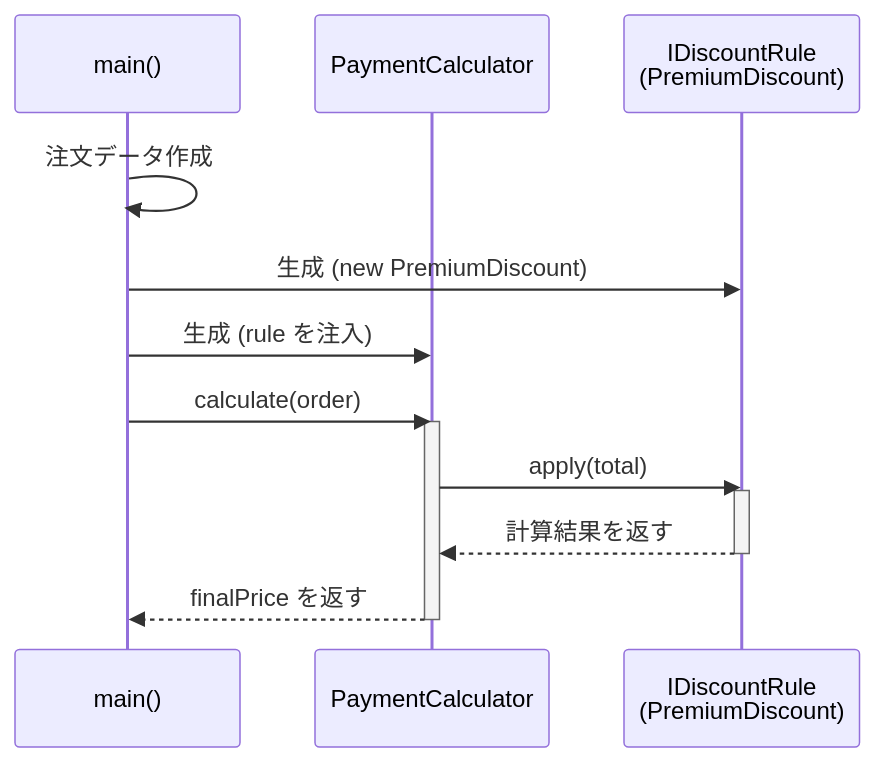
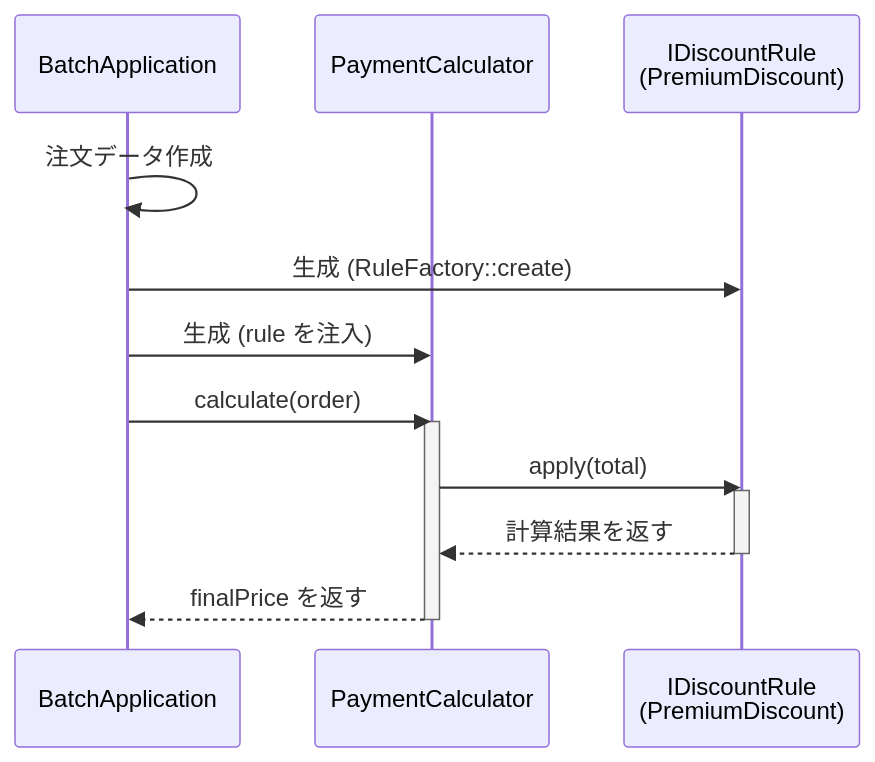
One commit to kumachan1101-pixel/DesignPattern changed the third of 5 diagrams in kindle/design-patterns/output/chapter01.md. Above: the diagram before and after it, drawn with Mermaid. The commit also changed other lines of this file and 1 other file, not shown here.

Commit message:
fix: correct compile error (isSummerSale missing), step numbers, old-frame wording, and sequence diagram in ch01/ch00

````diff
--- a/kindle/design-patterns/output/chapter01.md
+++ b/kindle/design-patterns/output/chapter01.md
@@ -852,18 +866,18 @@
 ```mermaid
 sequenceDiagram
-    participant M as main()
+    participant B as BatchApplication
     participant P as PaymentCalculator
     participant I as IDiscountRule<br/>(PremiumDiscount)
 
-    M->>M: 注文データ作成
-    M->>I: 生成 (new PremiumDiscount)
-    M->>P: 生成 (rule を注入)
-    M->>P: calculate(order)
+    B->>B: 注文データ作成
+    B->>I: 生成 (RuleFactory::create)
+    B->>P: 生成 (rule を注入)
+    B->>P: calculate(order)
     activate P
     P->>I: apply(total)
     activate I
     I-->>P: 計算結果を返す
     deactivate I
-    P-->>M: finalPrice を返す
+    P-->>B: finalPrice を返す
     deactivate P
 ```
````
